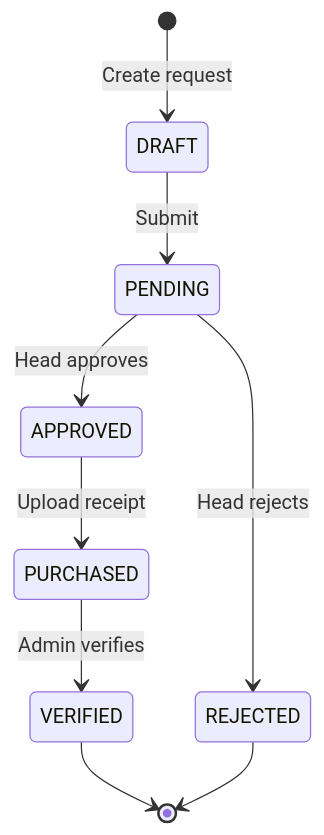
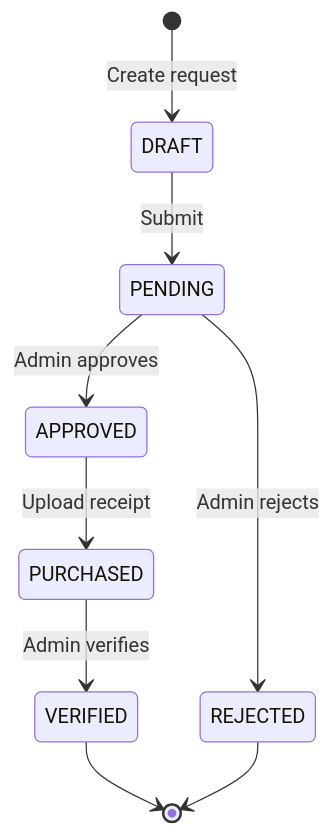
One commit to fandap42/uctenky-app changed the sixth of 7 diagrams in docs/TECHNICAL_DOCUMENTATION.md. Above: the diagram before and after it, drawn with Mermaid. The commit also changed other lines of this file and 2 other files, not shown here.

Commit message:
update of documentation

````diff
--- a/docs/TECHNICAL_DOCUMENTATION.md
+++ b/docs/TECHNICAL_DOCUMENTATION.md
@@ -380,11 +382,11 @@
 ```mermaid
 stateDiagram-v2
     [*] --> DRAFT: Create request
     DRAFT --> PENDING: Submit
-    PENDING --> APPROVED: Head approves
-    PENDING --> REJECTED: Head rejects
+    PENDING --> APPROVED: Admin approves
+    PENDING --> REJECTED: Admin rejects
     APPROVED --> PURCHASED: Upload receipt
     PURCHASED --> VERIFIED: Admin verifies
     VERIFIED --> [*]
     REJECTED --> [*]
 ```
````
